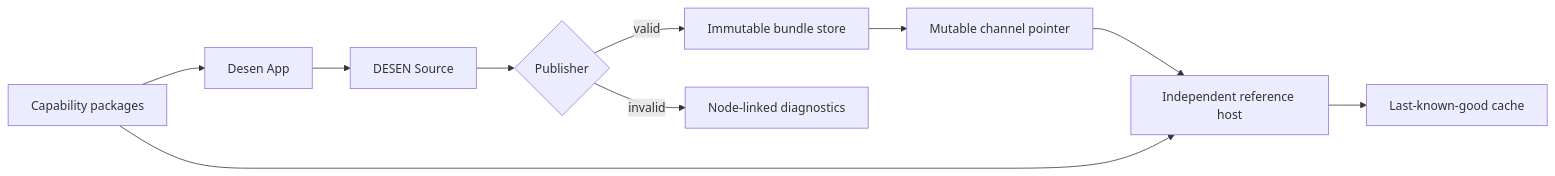
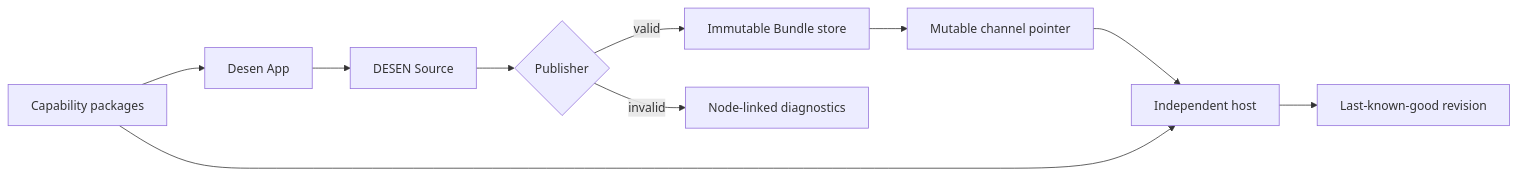
One commit to desenlab/desen-app changed the diagram in docs/architecture/ARCHITECTURE.md. Above: the diagram before and after it, drawn with Mermaid. The commit also changed other lines of this file and 13 other files, not shown here.

````diff
--- a/docs/architecture/ARCHITECTURE.md
+++ b/docs/architecture/ARCHITECTURE.md
@@ -12,12 +26,12 @@
 ```mermaid
 flowchart LR
   C["Capability packages"] --> A["Desen App"]
   A --> S["DESEN Source"]
   S --> P{"Publisher"}
-  P -->|"valid"| B["Immutable bundle store"]
+  P -->|"valid"| B["Immutable Bundle store"]
   P -->|"invalid"| D["Node-linked diagnostics"]
   B --> CH["Mutable channel pointer"]
-  CH --> H["Independent reference host"]
+  CH --> H["Independent host"]
   C --> H
-  H --> LKG["Last-known-good cache"]
+  H --> LKG["Last-known-good revision"]
 ```
````
